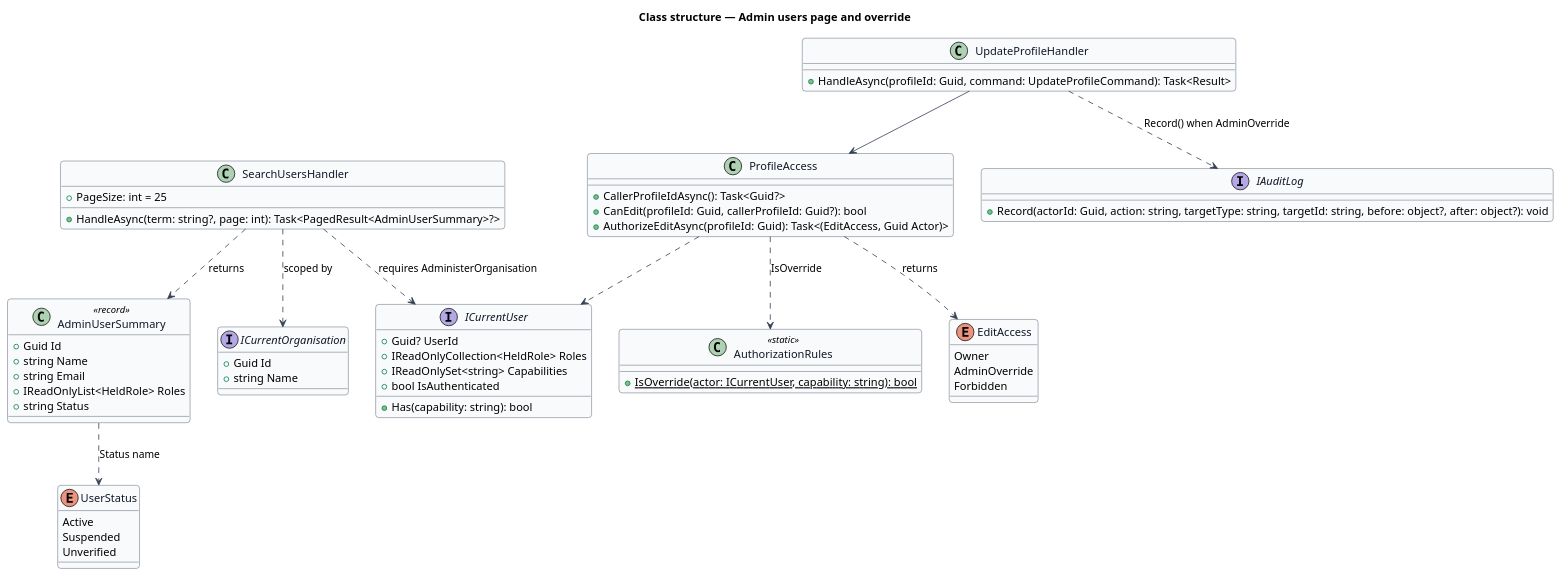
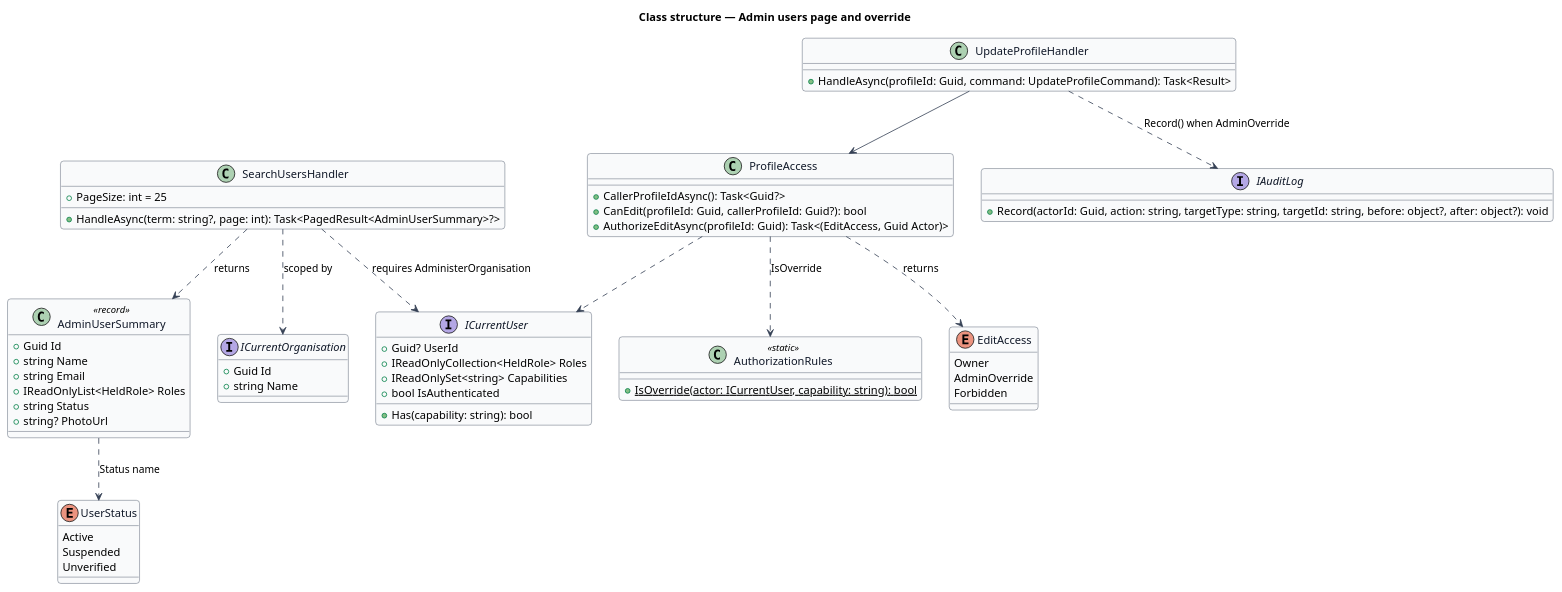
Before and after one commit to QuinntyneBrown/faithtech-community: the diagram in docs/detailed-designs/admin/admin-users-and-override/diagrams/class-structure.puml, drawn with PlantUML. The commit also changed 40 other files, not shown here.

```diff
--- a/docs/detailed-designs/admin/admin-users-and-override/diagrams/class-structure.puml
+++ b/docs/detailed-designs/admin/admin-users-and-override/diagrams/class-structure.puml
@@ -1,68 +1,69 @@
 @startuml
 skinparam backgroundColor #FFFFFF
 skinparam shadowing false
 skinparam roundcorner 8
 skinparam defaultFontName Arial
 skinparam ArrowColor #344054
 skinparam class {
   BorderColor #344054
   FontColor #101828
   BackgroundColor #F9FAFB
 }
 title Class structure — Admin users page and override
 enum UserStatus {
   Active
   Suspended
   Unverified
 }
 class AdminUserSummary <<record>> {
   +Guid Id
   +string Name
   +string Email
   +IReadOnlyList<HeldRole> Roles
   +string Status
+  +string? PhotoUrl
 }
 class SearchUsersHandler {
   +PageSize: int = 25
   +HandleAsync(term: string?, page: int): Task<PagedResult<AdminUserSummary>?>
 }
 interface ICurrentOrganisation {
   +Guid Id
   +string Name
 }
 interface ICurrentUser {
   +Guid? UserId
   +IReadOnlyCollection<HeldRole> Roles
   +IReadOnlySet<string> Capabilities
   +bool IsAuthenticated
   +Has(capability: string): bool
 }
 class AuthorizationRules <<static>> {
   +{static} IsOverride(actor: ICurrentUser, capability: string): bool
 }
 enum EditAccess {
   Owner
   AdminOverride
   Forbidden
 }
 class ProfileAccess {
   +CallerProfileIdAsync(): Task<Guid?>
   +CanEdit(profileId: Guid, callerProfileId: Guid?): bool
   +AuthorizeEditAsync(profileId: Guid): Task<(EditAccess, Guid Actor)>
 }
 class UpdateProfileHandler {
   +HandleAsync(profileId: Guid, command: UpdateProfileCommand): Task<Result>
 }
 interface IAuditLog {
   +Record(actorId: Guid, action: string, targetType: string, targetId: string, before: object?, after: object?): void
 }
 SearchUsersHandler ..> ICurrentUser : requires AdministerOrganisation
 SearchUsersHandler ..> ICurrentOrganisation : scoped by
 SearchUsersHandler ..> AdminUserSummary : returns
 AdminUserSummary ..> UserStatus : Status name
 ProfileAccess ..> ICurrentUser
 ProfileAccess ..> AuthorizationRules : IsOverride
 ProfileAccess ..> EditAccess : returns
 UpdateProfileHandler --> ProfileAccess
 UpdateProfileHandler ..> IAuditLog : Record() when AdminOverride
 @enduml
```
